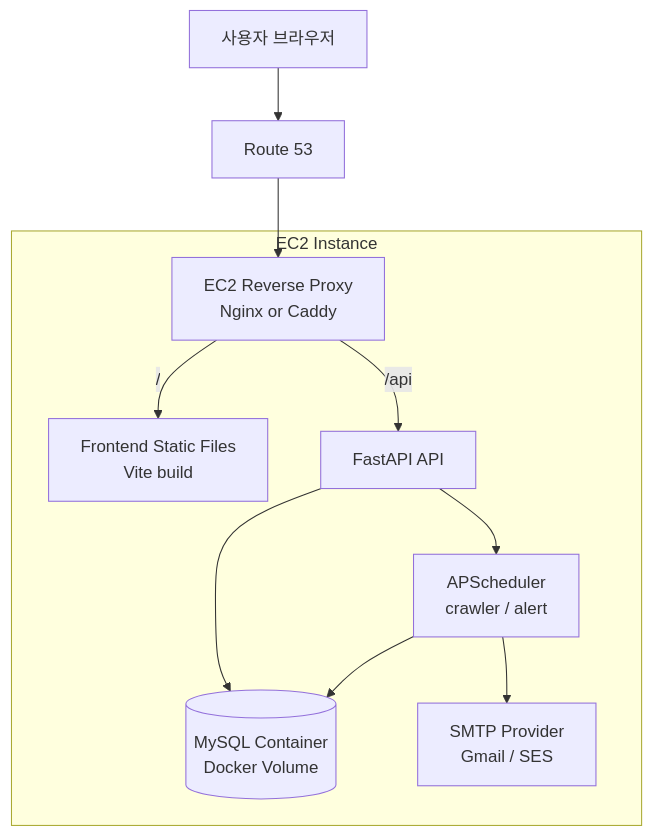
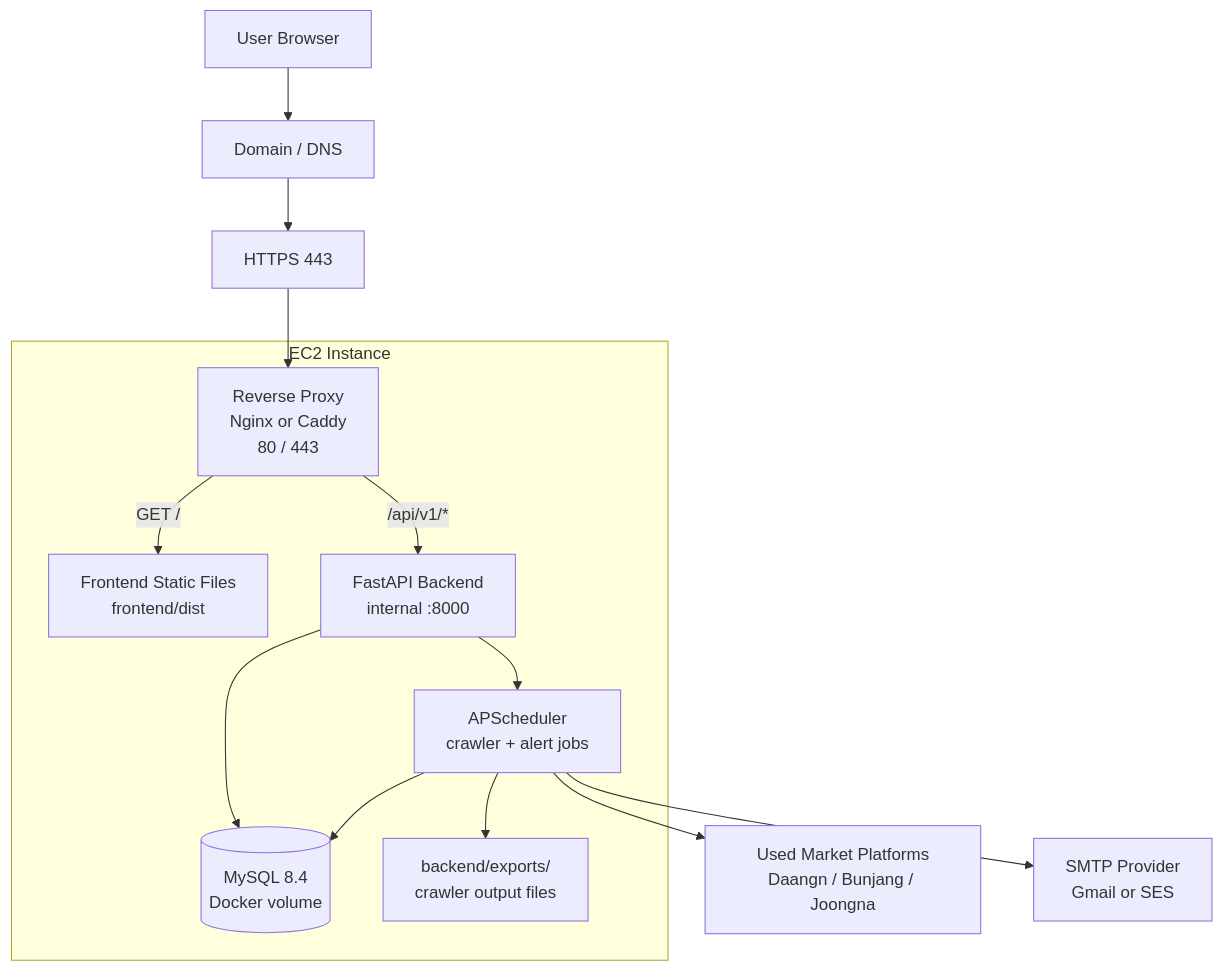
Before and after one commit to seatosky2002/HowMuchApple: the second of 3 diagrams in README.md, drawn with Mermaid. The commit also changed other lines of this file and 92 other files, not shown here.

Commit message:
chore: reorganize frontend and backend layout

````diff
--- a/README.md
+++ b/README.md
@@ -64,17 +77,31 @@
 ```mermaid
 flowchart TD
-    User[사용자 브라우저]
-    DNS[Route 53]
-    Proxy[EC2 Reverse Proxy<br/>Nginx or Caddy]
+    User[User Browser]
+    DNS[Domain / DNS]
+    HTTPS[HTTPS 443]
+
+    User --> DNS --> HTTPS
 
     subgraph EC2["EC2 Instance"]
-        Proxy -->|/| Frontend[Frontend Static Files<br/>Vite build]
-        Proxy -->|/api| Backend[FastAPI API]
-        Backend --> MySQL[(MySQL Container<br/>Docker Volume)]
-        Backend --> Scheduler[APScheduler<br/>crawler / alert]
+        Proxy[Reverse Proxy<br/>Nginx or Caddy<br/>80 / 443]
+        Frontend[Frontend Static Files<br/>frontend/dist]
+        Backend[FastAPI Backend<br/>internal :8000]
+        Scheduler[APScheduler<br/>crawler + alert jobs]
+        MySQL[(MySQL 8.4<br/>Docker volume)]
+        Exports[backend/exports/<br/>crawler output files]
+
+        Proxy -->|GET /| Frontend
+        Proxy -->|/api/v1/*| Backend
+        Backend --> MySQL
+        Backend --> Scheduler
         Scheduler --> MySQL
-        Scheduler --> SMTP[SMTP Provider<br/>Gmail / SES]
+        Scheduler --> Exports
     end
 
-    User --> DNS --> Proxy
+    Platforms[Used Market Platforms<br/>Daangn / Bunjang / Joongna]
+    SMTP[SMTP Provider<br/>Gmail or SES]
+
+    HTTPS --> Proxy
+    Scheduler --> Platforms
+    Scheduler --> SMTP
 ```
````
